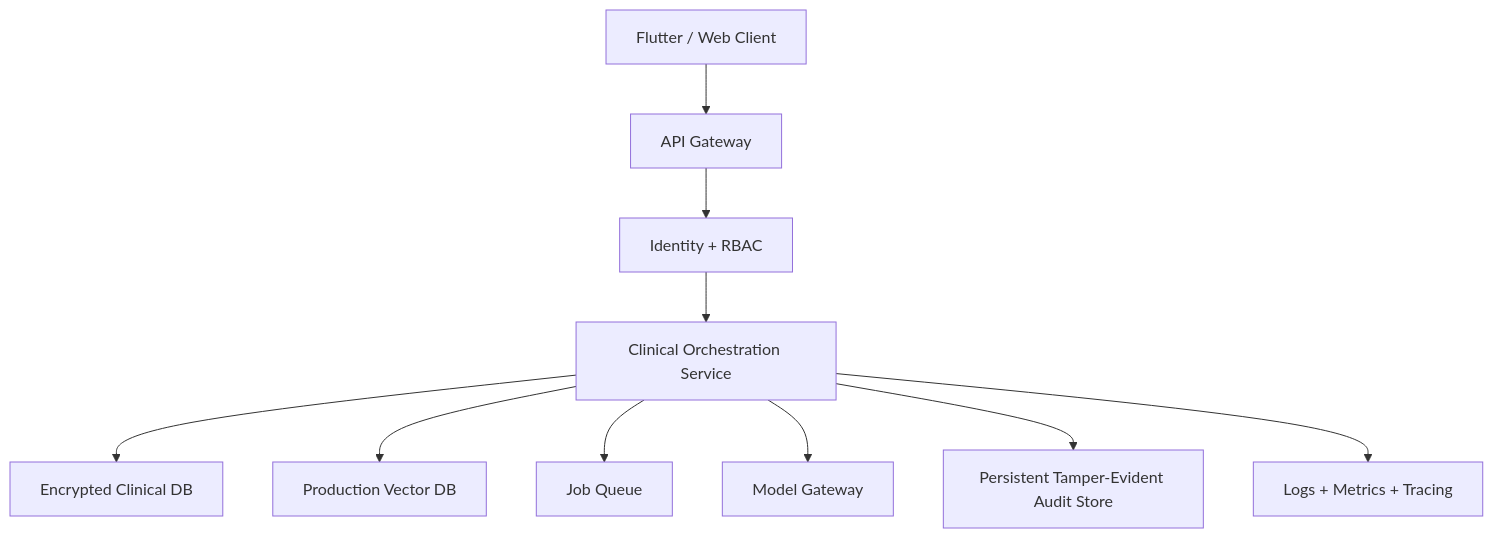
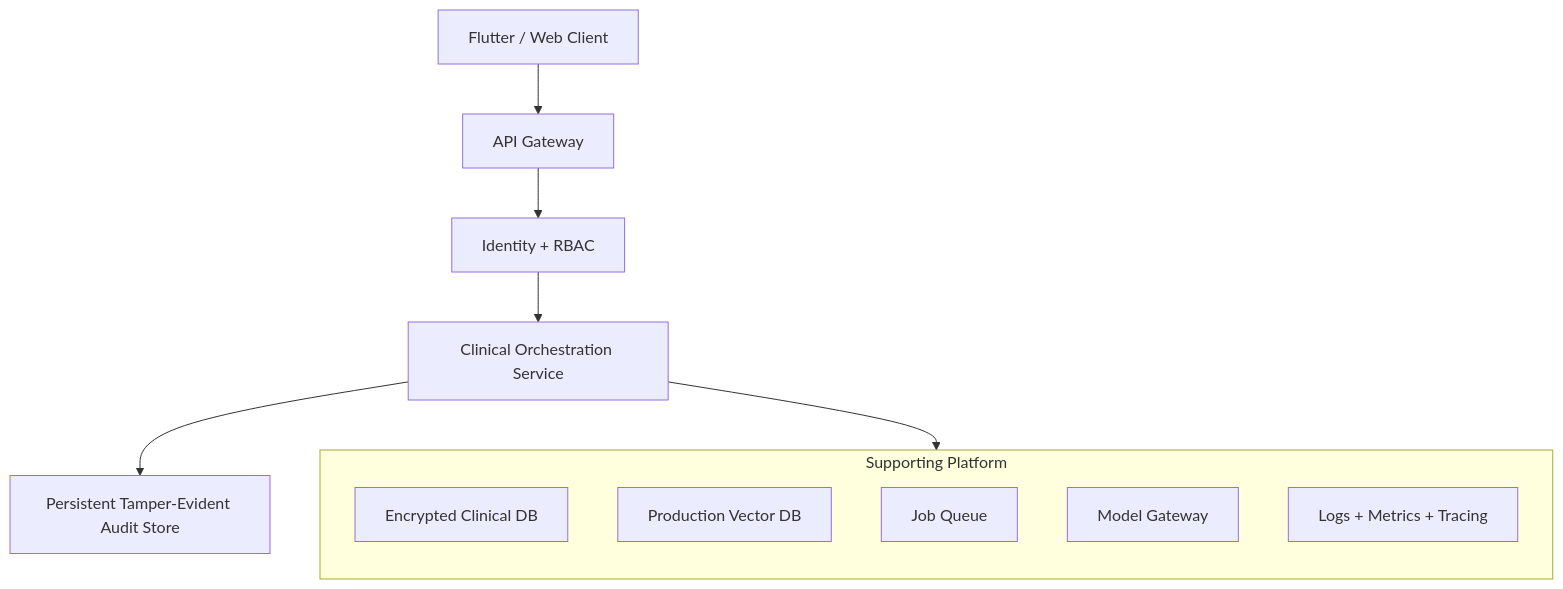
The eighth of 8 diagrams in README.md (dipsitarout/ClinSight), drawn with Mermaid before and after one commit. The commit also changed other lines of this file, not shown here.

````diff
--- a/README.md
+++ b/README.md
@@ -694,23 +667,20 @@
 ```mermaid
 flowchart TB
     Client["Flutter / Web Client"]
-    Gateway["API Gateway"]
-    Auth["Identity + RBAC"]
-    Backend["Clinical Orchestration Service"]
-    DB["Encrypted Clinical DB"]
-    Vector["Production Vector DB"]
-    Queue["Job Queue"]
-    LLM["Model Gateway"]
-    Audit["Persistent Tamper-Evident Audit Store"]
-    Observability["Logs + Metrics + Tracing"]
+    Client --> Gateway["API Gateway"]
+    Gateway --> Auth["Identity + RBAC"]
+    Auth --> Backend["Clinical Orchestration Service"]
 
-    Client --> Gateway
-    Gateway --> Auth
-    Auth --> Backend
-    Backend --> DB
-    Backend --> Vector
-    Backend --> Queue
-    Backend --> LLM
-    Backend --> Audit
-    Backend --> Observability
+    Backend --> Platform
+
+    subgraph Platform["Supporting Platform"]
+        direction TB
+        DB["Encrypted Clinical DB"]
+        Vector["Production Vector DB"]
+        Queue["Job Queue"]
+        LLM["Model Gateway"]
+        Observability["Logs + Metrics + Tracing"]
+    end
+
+    Backend --> Audit["Persistent Tamper-Evident Audit Store"]
 ```
````
